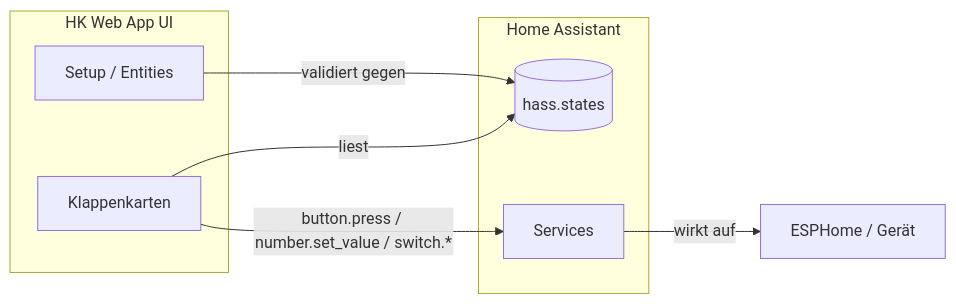
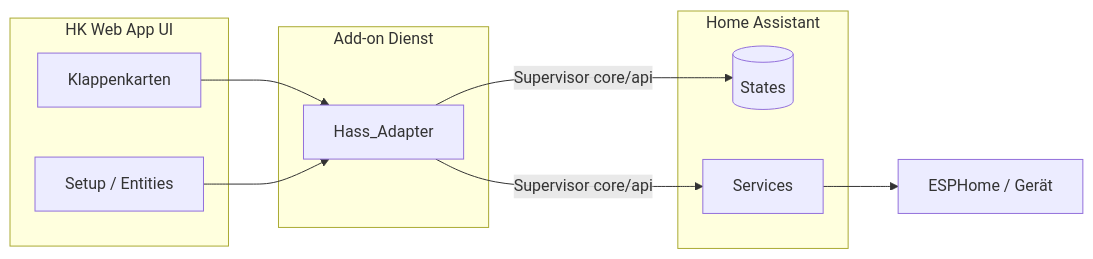
The first of 2 diagrams in Anforderungen.md (The88ers/ha-addon-hk-app), drawn with Mermaid before and after one commit. The commit also changed other lines of this file and 21 other files, not shown here.

````diff
--- a/Anforderungen.md
+++ b/Anforderungen.md
@@ -151,15 +172,19 @@
 ```mermaid
 flowchart LR
   subgraph UI["HK Web App UI"]
     Karten[Klappenkarten]
     Setup[Setup / Entities]
   end
   subgraph HA["Home Assistant"]
-    States[(hass.states)]
+    States[(States)]
     Svc[Services]
   end
-  Karten -->|liest| States
-  Setup -->|validiert gegen| States
-  Karten -->|button.press / number.set_value / switch.*| Svc
-  Svc -->|wirkt auf| ESP[ESPHome / Gerät]
+  subgraph AddonD["Add-on Dienst"]
+    Ad[Hass_Adapter]
+  end
+  Karten --> Ad
+  Setup --> Ad
+  Ad -->|Supervisor core/api| States
+  Ad -->|Supervisor core/api| Svc
+  Svc --> ESP[ESPHome / Gerät]
 ```
````
